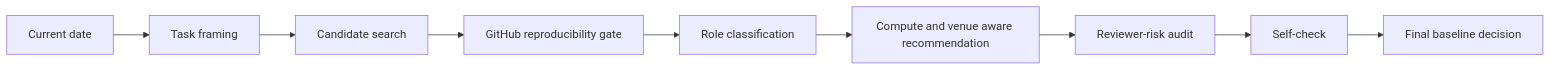
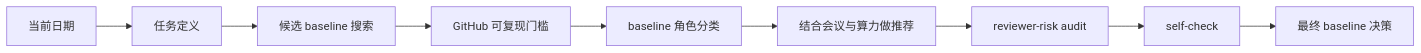
The diagram in README.md (RyanZhou168/baseline-selector), drawn with Mermaid before and after one commit. The commit also changed other lines of this file and 1 other file, not shown here.

````diff
--- a/README.md
+++ b/README.md
@@ -47,11 +51,11 @@
 ```mermaid
 flowchart LR
-    A[Current date] --> B[Task framing]
-    B --> C[Candidate search]
-    C --> D[GitHub reproducibility gate]
-    D --> E[Role classification]
-    E --> F[Compute and venue aware recommendation]
-    F --> G[Reviewer-risk audit]
-    G --> H[Self-check]
-    H --> I[Final baseline decision]
+    A[当前日期] --> B[任务定义]
+    B --> C[候选 baseline 搜索]
+    C --> D[GitHub 可复现门槛]
+    D --> E[baseline 角色分类]
+    E --> F[结合会议与算力做推荐]
+    F --> G[reviewer-risk audit]
+    G --> H[self-check]
+    H --> I[最终 baseline 决策]
 ```
````
